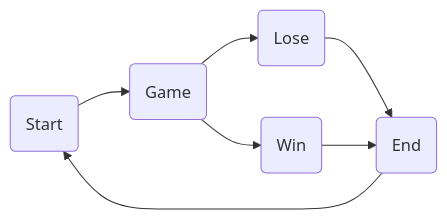
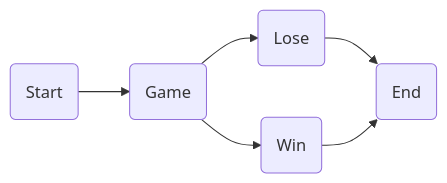
The diagram in state_controlled_ui-text.md (kdoore/CS2335-Gitbook), drawn with Mermaid before and after one commit.

````diff
--- a/state_controlled_ui-text.md
+++ b/state_controlled_ui-text.md
@@ -5,9 +5,9 @@
 ```mermaid
 graph LR;
   A(Start)-->B(Game);
   B(Game)-->C(Win);
   B(Game)-->D(Lose);
   D(Lose)-->E(End);
   C(Win)-->E(End);
-  E(End) -->A(Start);
+
 ```
````
